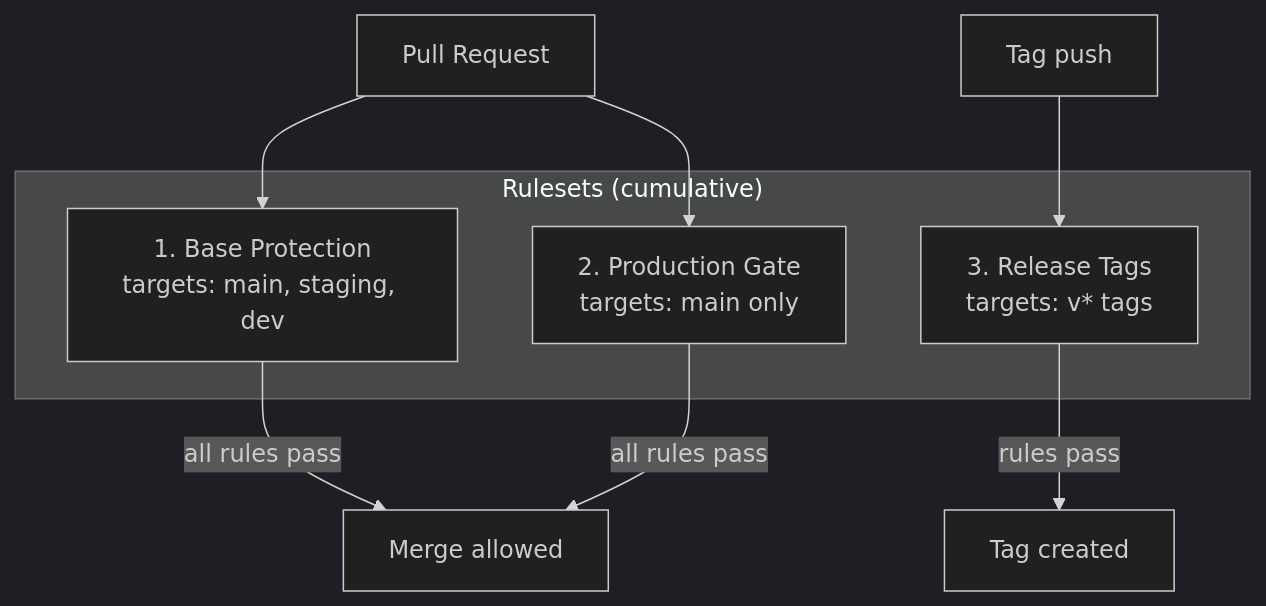
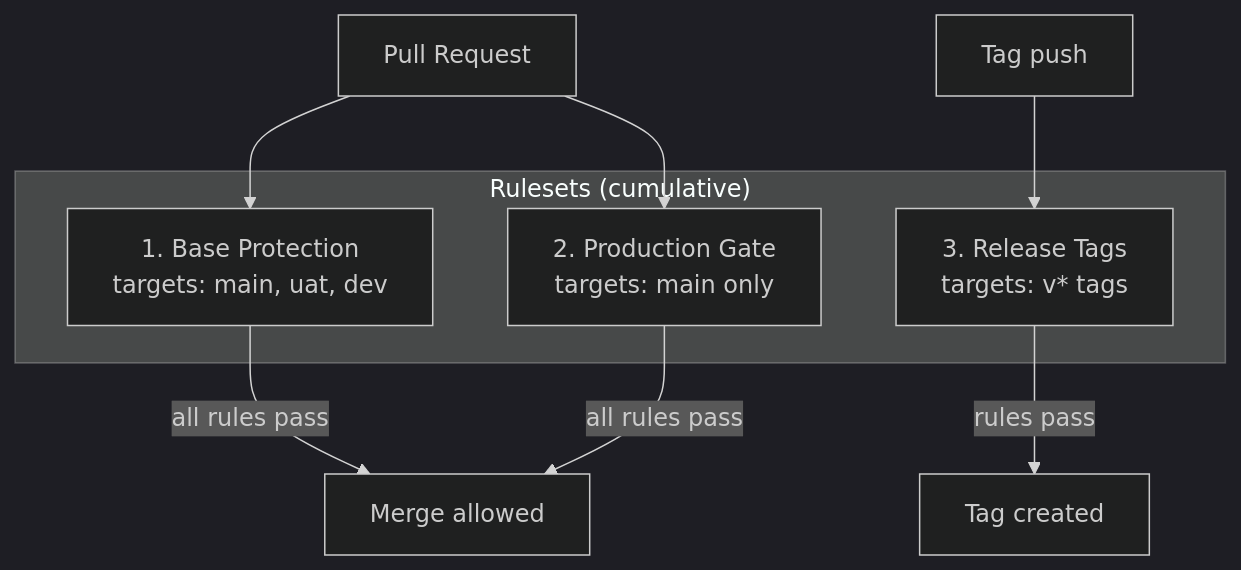
One commit to duynhlab/homelab changed the fifth of 7 diagrams in docs/platform/gitflow.md. Above: the diagram before and after it, drawn with Mermaid (dark theme). The commit also changed other lines of this file and 8 other files, not shown here.

First line of the commit message:
Consolidate CI/CD docs + rename staging tier to uat (#382)

````diff
--- a/docs/platform/gitflow.md
+++ b/docs/platform/gitflow.md
@@ -421,15 +421,15 @@
 ```mermaid
 flowchart TD
     subgraph rulesets ["Rulesets (cumulative)"]
-        base["1. Base Protection\ntargets: main, staging, dev"]
+        base["1. Base Protection\ntargets: main, uat, dev"]
         prod["2. Production Gate\ntargets: main only"]
         tags["3. Release Tags\ntargets: v* tags"]
     end
 
     PR["Pull Request"] --> base
     PR --> prod
     base -->|"all rules pass"| merge["Merge allowed"]
     prod -->|"all rules pass"| merge
     tagPush["Tag push"] --> tags
     tags -->|"rules pass"| tagCreated["Tag created"]
 ```
````
